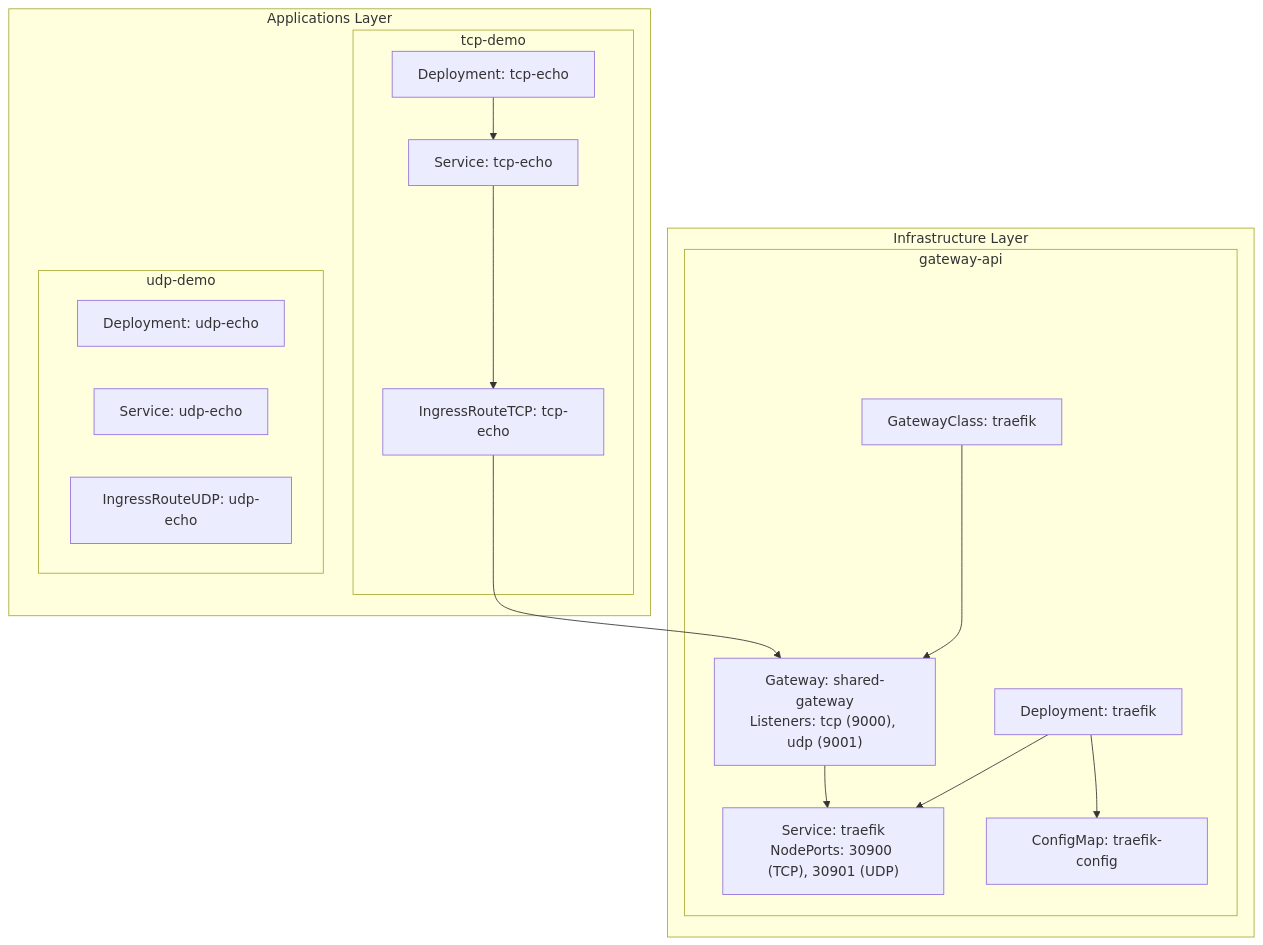
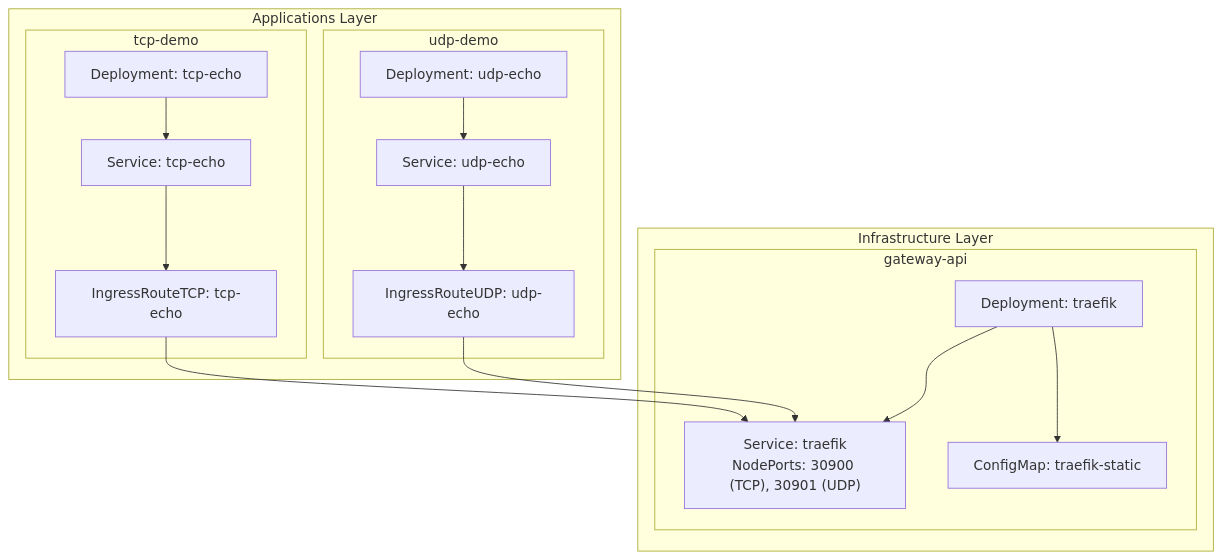
The first of 5 diagrams in .qoder/repowiki/en/content/Playground Applications/Demo Applications/TCP Echo Demo Application.md (Hoangvu75/k8s_manifest), drawn with Mermaid before and after one commit. The commit also changed other lines of this file and 10 other files, not shown here.

````diff
--- a/.qoder/repowiki/en/content/Playground Applications/Demo Applications/TCP Echo Demo Application.md
+++ b/.qoder/repowiki/en/content/Playground Applications/Demo Applications/TCP Echo Demo Application.md
@@ -39,31 +48,30 @@
 ```mermaid
 graph TB
 subgraph "Applications Layer"
 subgraph "tcp-demo"
 TCDep["Deployment: tcp-echo"]
 TCService["Service: tcp-echo"]
 TCRoute["IngressRouteTCP: tcp-echo"]
 end
 subgraph "udp-demo"
 UDDep["Deployment: udp-echo"]
 UDService["Service: udp-echo"]
 UDRoute["IngressRouteUDP: udp-echo"]
 end
 end
 subgraph "Infrastructure Layer"
 subgraph "gateway-api"
-GWClass["GatewayClass: traefik"]
-GW["Gateway: shared-gateway<br/>Listeners: tcp (9000), udp (9001)"]
 TRDeploy["Deployment: traefik"]
 TRSvc["Service: traefik<br/>NodePorts: 30900 (TCP), 30901 (UDP)"]
-TRCfg["ConfigMap: traefik-config"]
+TRStatic["ConfigMap: traefik-static"]
 end
 end
 TCDep --> TCService
 TCService --> TCRoute
-TCRoute --> GW
-GW --> TRSvc
+TCRoute --> TRSvc
+UDDep --> UDService
+UDService --> UDRoute
+UDRoute --> TRSvc
 TRDeploy --> TRSvc
-TRDeploy --> TRCfg
-GWClass --> GW
+TRDeploy --> TRStatic
 ```
````
